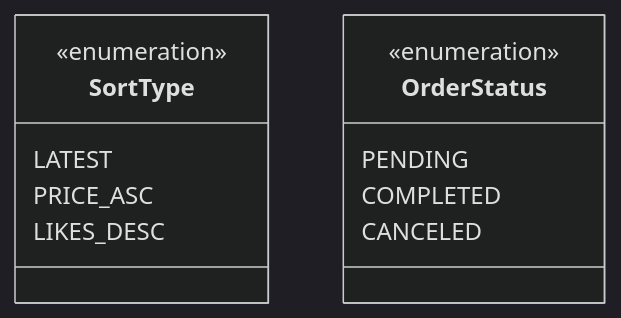
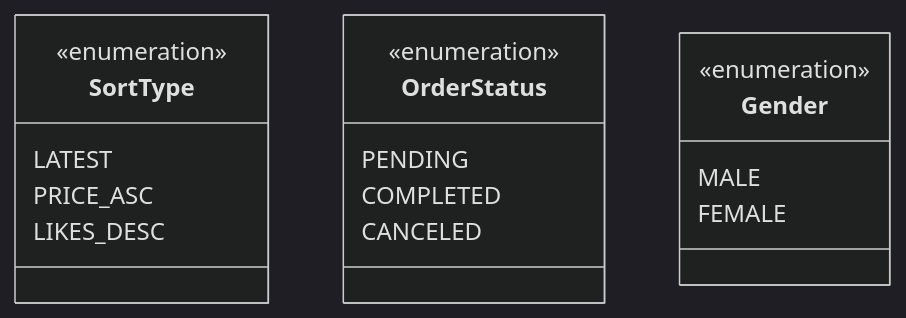
One commit to Loopers-dev-lab/loopers-spring-java-template changed the eighth of 8 diagrams in .docs/design/03-class-diagram.md. Above: the diagram before and after it, drawn with Mermaid (dark theme). The commit also changed other lines of this file and 3 other files, not shown here.

````diff
--- a/.docs/design/03-class-diagram.md
+++ b/.docs/design/03-class-diagram.md
@@ -122,16 +347,22 @@
 ```mermaid
 classDiagram
     class SortType {
         <<enumeration>>
         LATEST
         PRICE_ASC
         LIKES_DESC
     }
 
     class OrderStatus {
         <<enumeration>>
         PENDING
         COMPLETED
         CANCELED
     }
+
+    class Gender {
+        <<enumeration>>
+        MALE
+        FEMALE
+    }
 ```
````
